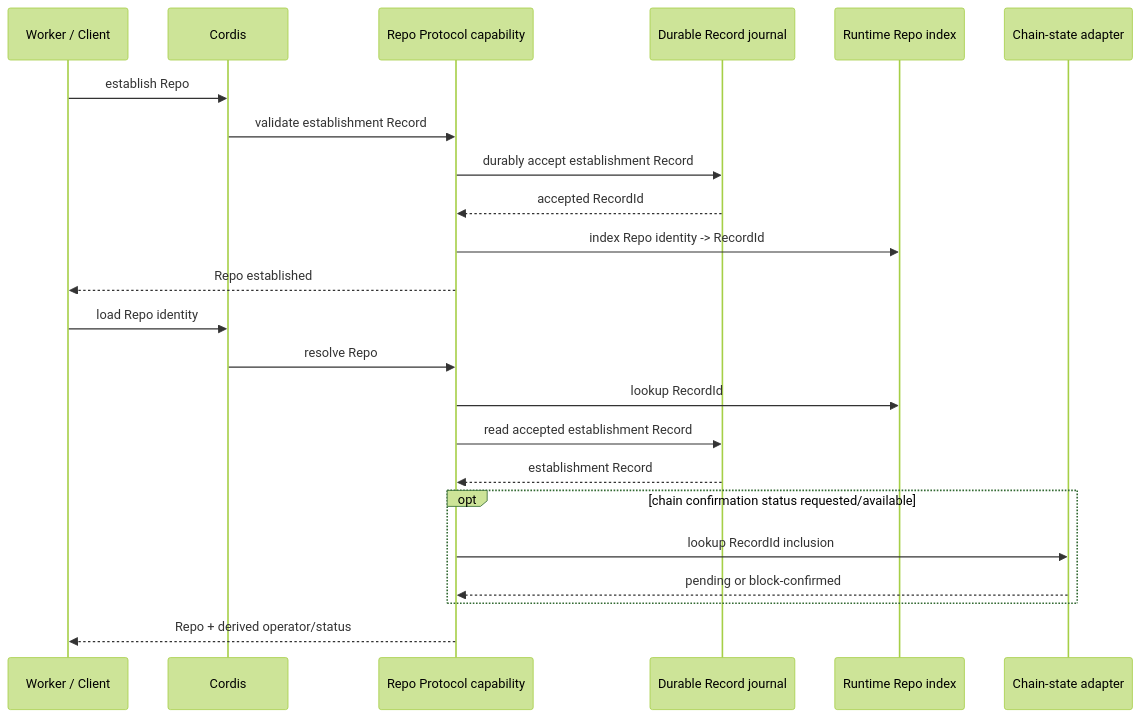
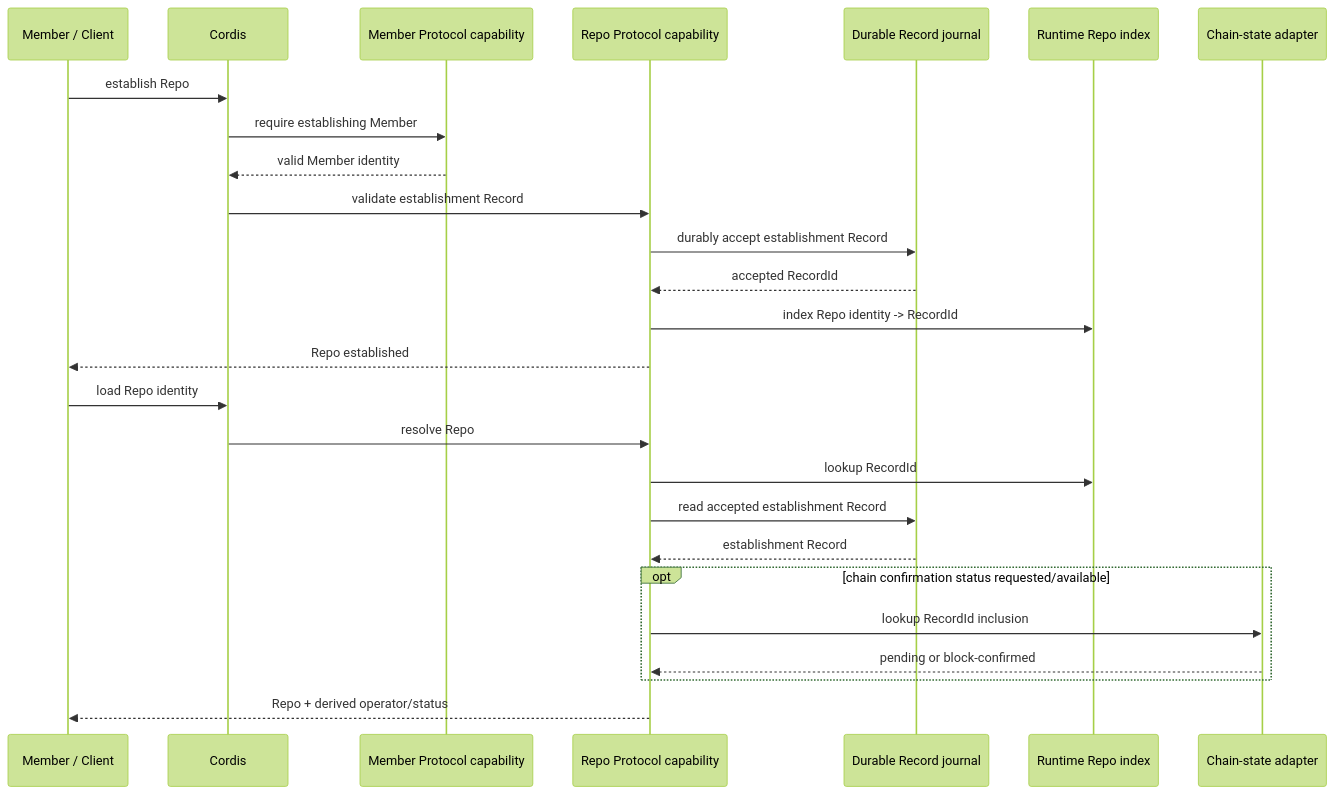
One commit to labourchain/repository changed the third of 5 diagrams in docs/architecture.md. Above: the diagram before and after it, drawn with Mermaid (forest theme). The commit also changed other lines of this file and 7 other files, not shown here.

First line of the commit message:
docs: align Member and Repo protocol composition

````diff
--- a/docs/architecture.md
+++ b/docs/architecture.md
@@ -202,27 +213,30 @@
 ```mermaid
 sequenceDiagram
-    participant Worker as Worker / Client
+    participant Member as Member / Client
     participant Cordis as Cordis
+    participant MemberProtocol as Member Protocol capability
     participant Repo as Repo Protocol capability
     participant Journal as Durable Record journal
     participant Index as Runtime Repo index
     participant Chain as Chain-state adapter
 
-    Worker->>Cordis: establish Repo
+    Member->>Cordis: establish Repo
+    Cordis->>MemberProtocol: require establishing Member
+    MemberProtocol-->>Cordis: valid Member identity
     Cordis->>Repo: validate establishment Record
     Repo->>Journal: durably accept establishment Record
     Journal-->>Repo: accepted RecordId
     Repo->>Index: index Repo identity -> RecordId
-    Repo-->>Worker: Repo established
+    Repo-->>Member: Repo established
 
-    Worker->>Cordis: load Repo identity
+    Member->>Cordis: load Repo identity
     Cordis->>Repo: resolve Repo
     Repo->>Index: lookup RecordId
     Repo->>Journal: read accepted establishment Record
     Journal-->>Repo: establishment Record
     opt chain confirmation status requested/available
         Repo->>Chain: lookup RecordId inclusion
         Chain-->>Repo: pending or block-confirmed
     end
-    Repo-->>Worker: Repo + derived operator/status
+    Repo-->>Member: Repo + derived operator/status
 ```
````
